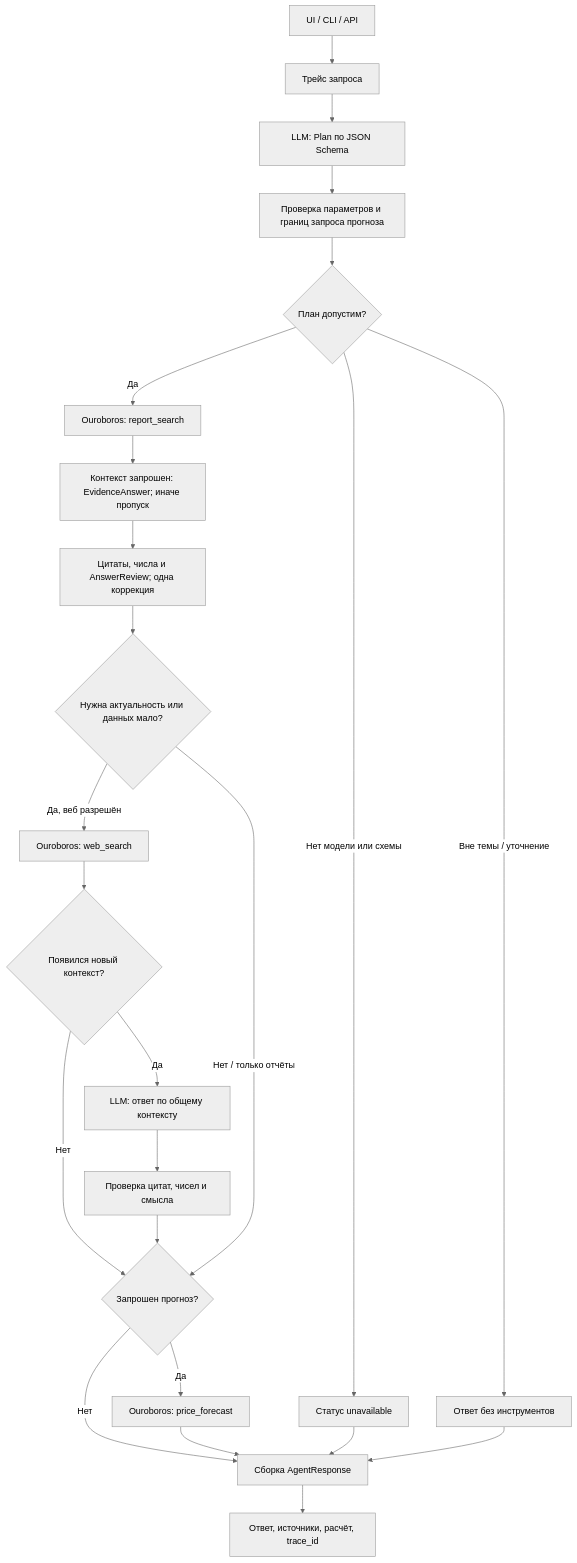
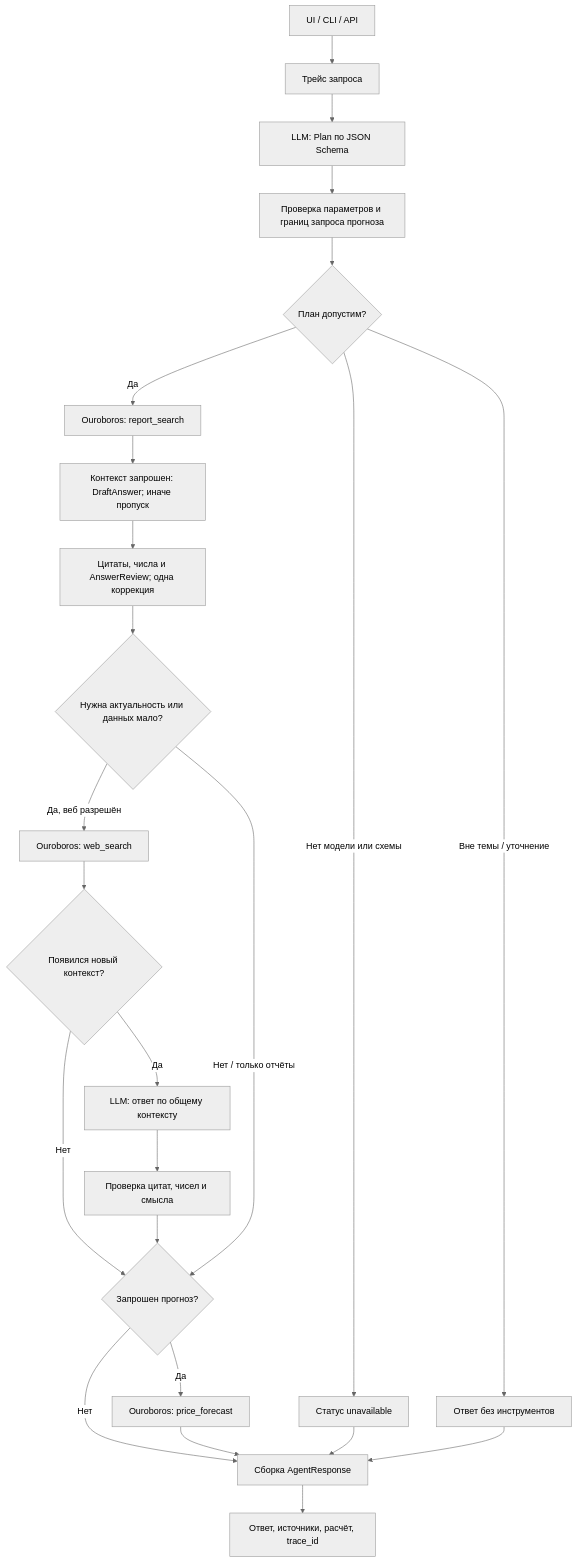
Before and after one commit to moomivee/ai_assistant: the diagram in docs/Architecture.md, drawn with Mermaid (neutral theme). The commit also changed other lines of this file and 6 other files, not shown here.

````diff
--- a/docs/Architecture.md
+++ b/docs/Architecture.md
@@ -7,26 +7,26 @@
 ```mermaid
 flowchart TD
     A["UI / CLI / API"] --> B["Трейс запроса"]
     B --> C["LLM: Plan по JSON Schema"]
     C --> Q["Проверка параметров и границ запроса прогноза"]
     Q --> D{"План допустим?"}
     D -->|"Нет модели или схемы"| X["Статус unavailable"]
     D -->|"Вне темы / уточнение"| Y["Ответ без инструментов"]
     D -->|"Да"| R["Ouroboros: report_search"]
-    R --> E["Контекст запрошен: EvidenceAnswer; иначе пропуск"]
+    R --> E["Контекст запрошен: DraftAnswer; иначе пропуск"]
     E --> F["Цитаты, числа и AnswerReview; одна коррекция"]
     F --> G{"Нужна актуальность или данных мало?"}
     G -->|"Да, веб разрешён"| W["Ouroboros: web_search"]
     W --> N{"Появился новый контекст?"}
     N -->|"Да"| S["LLM: ответ по общему контексту"]
     N -->|"Нет"| P
     S --> V["Проверка цитат, чисел и смысла"]
     V --> P{"Запрошен прогноз?"}
     G -->|"Нет / только отчёты"| P
     P -->|"Да"| M["Ouroboros: price_forecast"]
     P -->|"Нет"| Z["Сборка AgentResponse"]
     M --> Z
     X --> Z
     Y --> Z
     Z --> O["Ответ, источники, расчёт, trace_id"]
 ```
````
